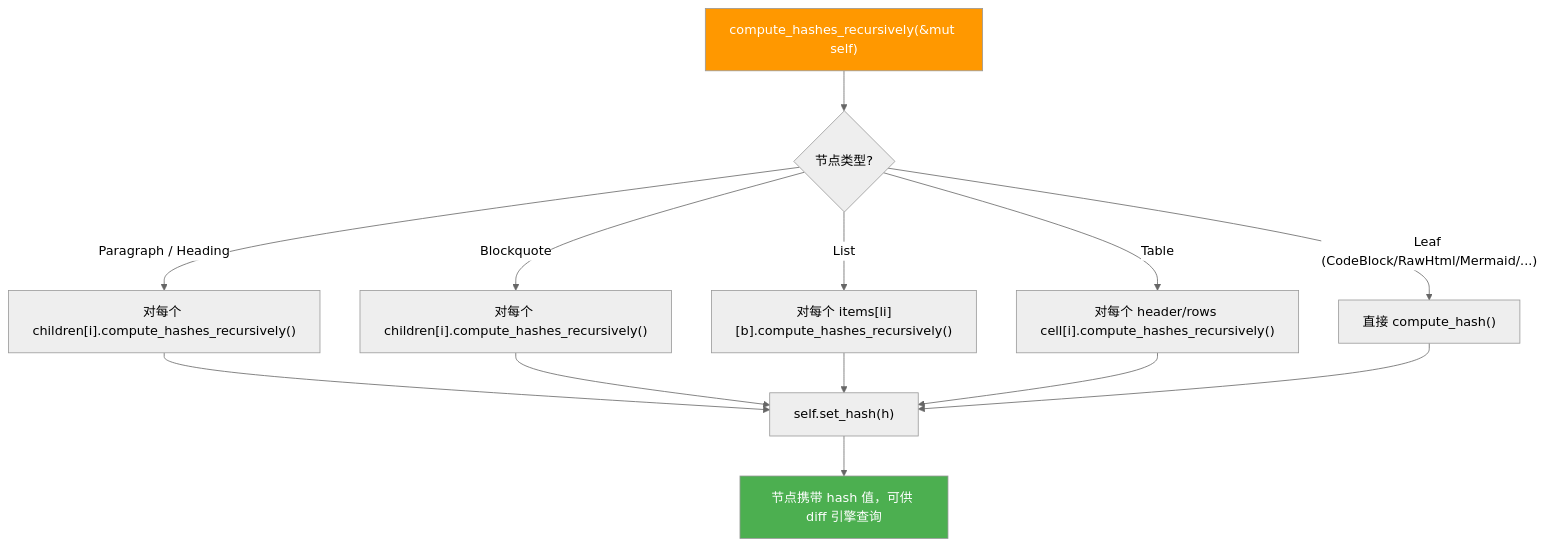
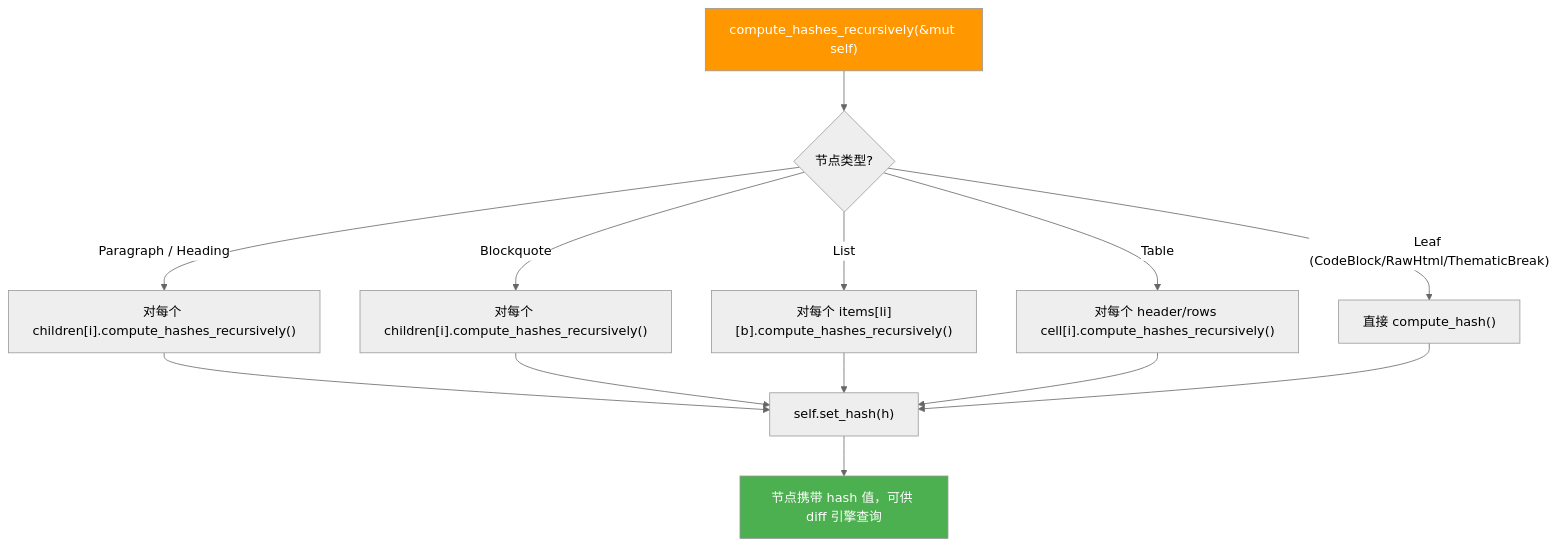
One commit to MRiecy/VCPMobile changed the third of 4 diagrams in docs/modules/ast-diff/01_AST节点类型与Hash指纹系统.md. Above: the diagram before and after it, drawn with Mermaid (neutral theme). The commit also changed other lines of this file and 18 other files, not shown here.

````diff
--- a/docs/modules/ast-diff/01_AST节点类型与Hash指纹系统.md
+++ b/docs/modules/ast-diff/01_AST节点类型与Hash指纹系统.md
@@ -407,21 +423,21 @@
 ```mermaid
 flowchart TD
     Start["compute_hashes_recursively(&mut self)"] --> Match{节点类型?}
 
     Match -->|"Paragraph / Heading"| ChildHash1["对每个 children[i].compute_hashes_recursively()"]
     Match -->|"Blockquote"| ChildHash2["对每个 children[i].compute_hashes_recursively()"]
     Match -->|"List"| ItemHash["对每个 items[li][b].compute_hashes_recursively()"]
     Match -->|"Table"| CellHash["对每个 header/rows cell[i].compute_hashes_recursively()"]
-    Match -->|"Leaf (CodeBlock/RawHtml/Mermaid/...)"| DirectHash["直接 compute_hash()"]
+    Match -->|"Leaf (CodeBlock/RawHtml/ThematicBreak)"| DirectHash["直接 compute_hash()"]
 
     ChildHash1 --> SetHash["self.set_hash(h)"]
     ChildHash2 --> SetHash
     ItemHash --> SetHash
     CellHash --> SetHash
     DirectHash --> SetHash
 
     SetHash --> Done["节点携带 hash 值，可供 diff 引擎查询"]
 
     style Start fill:#ff9800,color:#fff
     style Done fill:#4caf50,color:#fff
 ```
````
